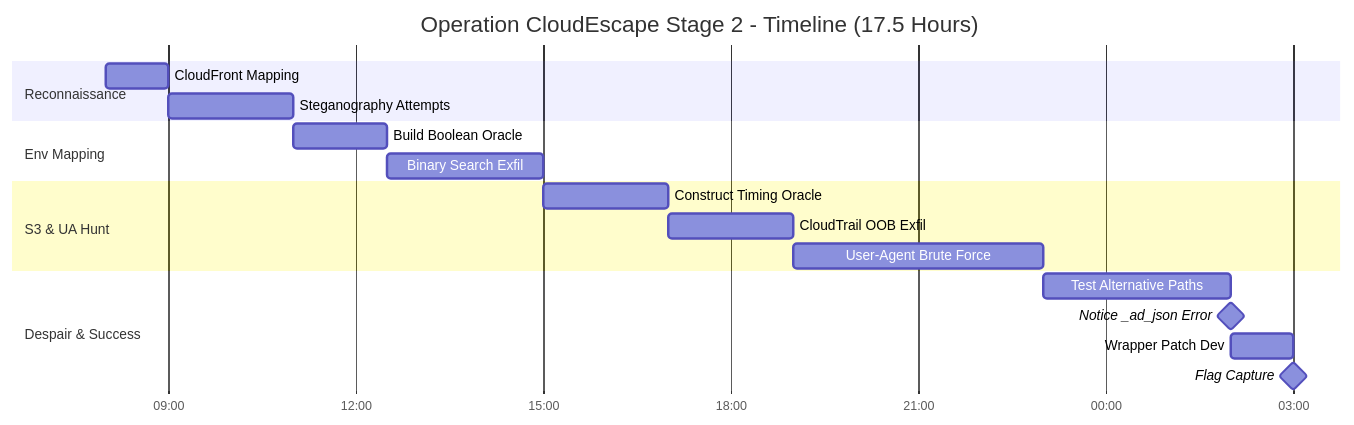
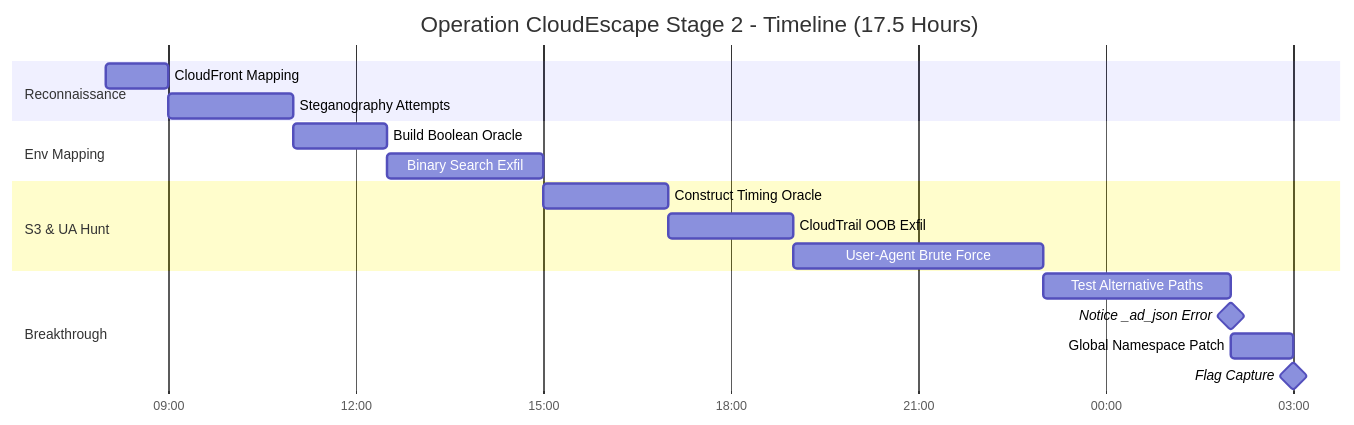
One commit to FREECANDY-DEV/MAFAT-2026 changed the ninth of 9 diagrams in cloud-escape/Stage_2_Comprehensive_Writeup.md. Above: the diagram before and after it, drawn with Mermaid. The commit also changed other lines of this file, not shown here.

Commit message:
Update Stage 2 writeup with complete technical details, code snippets, and Mermaid diagrams

````diff
--- a/cloud-escape/Stage_2_Comprehensive_Writeup.md
+++ b/cloud-escape/Stage_2_Comprehensive_Writeup.md
@@ -680,25 +658,25 @@
 ```mermaid
 gantt
     title Operation CloudEscape Stage 2 - Timeline (17.5 Hours)
     dateFormat  YYYY-MM-DD HH:mm
     axisFormat  %H:%M
     
     section Reconnaissance
     CloudFront Mapping       :a1, 2026-08-05 08:00, 1h
     Steganography Attempts   :a2, after a1, 2h
     
     section Env Mapping
     Build Boolean Oracle     :a3, 2026-08-05 11:00, 1.5h
     Binary Search Exfil      :a4, after a3, 2.5h
     
     section S3 & UA Hunt
     Construct Timing Oracle  :a5, 2026-08-05 15:00, 2h
     CloudTrail OOB Exfil     :a6, after a5, 2h
     User-Agent Brute Force   :a7, after a6, 4h
     
-    section Despair & Success
+    section Breakthrough
     Test Alternative Paths   :a8, 2026-08-05 23:00, 3h
     Notice _ad_json Error    :milestone, m1, 2026-08-06 02:00, 0m
-    Wrapper Patch Dev        :a9, 2026-08-06 02:00, 1h
+    Global Namespace Patch   :a9, 2026-08-06 02:00, 1h
     Flag Capture             :milestone, m2, 2026-08-06 03:00, 0m
 ```
````
